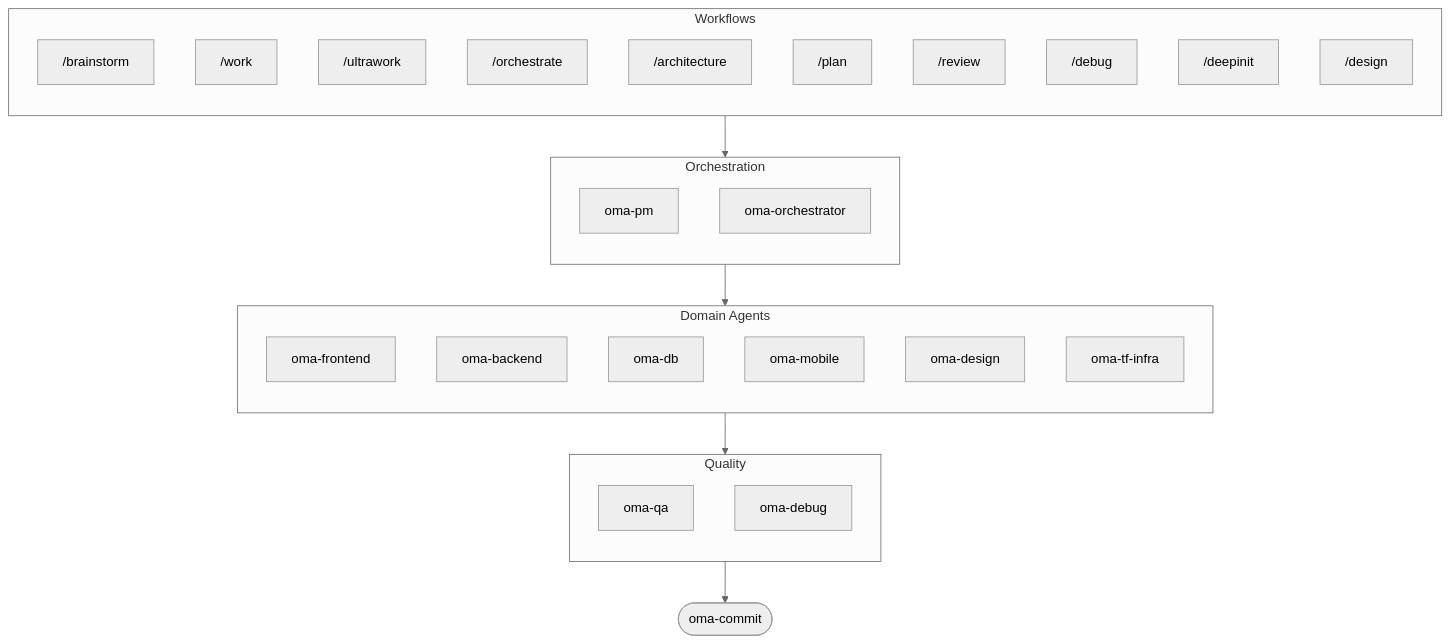
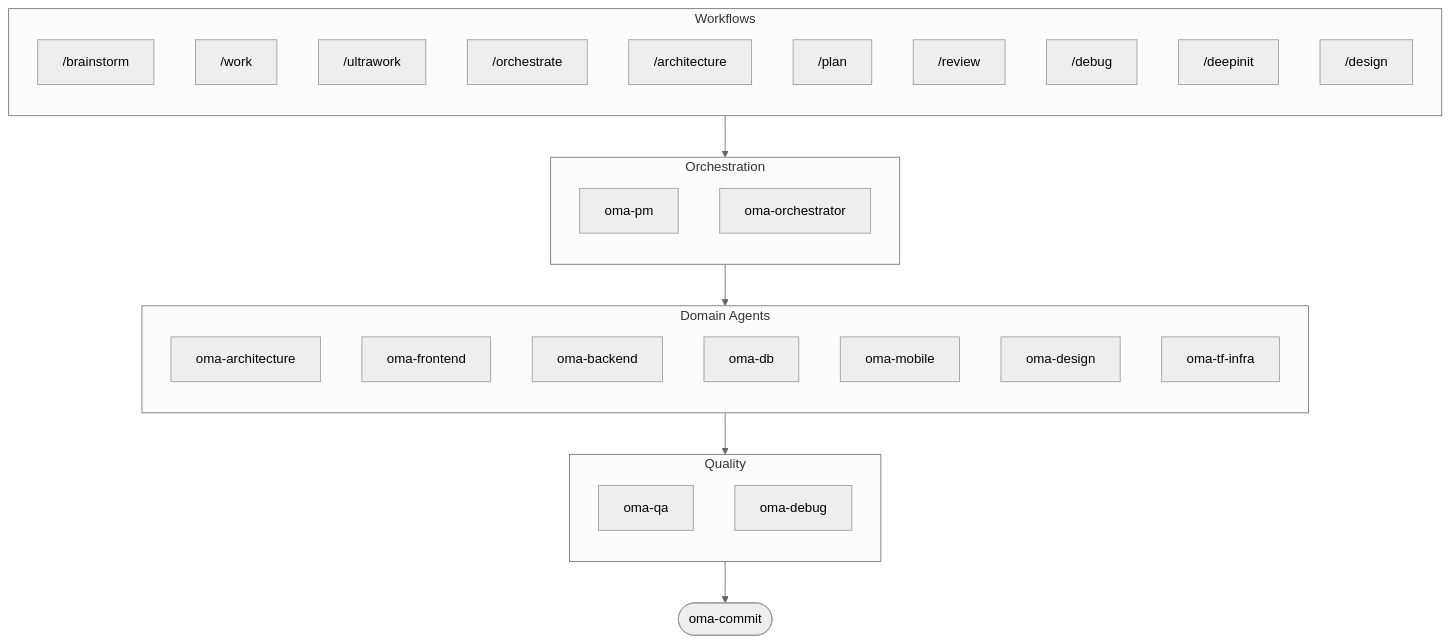
The diagram in README.md (evehour/oh-my-agent), drawn with Mermaid (neutral theme) before and after one commit. The commit also changed 12 other files, not shown here.

First line of the commit message:
docs(readme): sync architecture agent ordering and diagram entries

````diff
--- a/README.md
+++ b/README.md
@@ -114,43 +114,44 @@
 ```mermaid
 flowchart TD
     subgraph Workflows["Workflows"]
         direction TB
         W0["/brainstorm"]
         W1["/work"]
         W1b["/ultrawork"]
         W2["/orchestrate"]
         W3["/architecture"]
         W4["/plan"]
         W5["/review"]
         W6["/debug"]
         W7["/deepinit"]
         W8["/design"]
     end
 
     subgraph Orchestration["Orchestration"]
         direction TB
         PM[oma-pm]
         ORC[oma-orchestrator]
     end
 
     subgraph Domain["Domain Agents"]
         direction TB
+        ARC[oma-architecture]
         FE[oma-frontend]
         BE[oma-backend]
         DB[oma-db]
         MB[oma-mobile]
         DES[oma-design]
         TF[oma-tf-infra]
     end
 
     subgraph Quality["Quality"]
         direction TB
         QA[oma-qa]
         DBG[oma-debug]
     end
 
     Workflows --> Orchestration
     Orchestration --> Domain
     Domain --> Quality
     Quality --> CMT([oma-commit])
 ```
````
